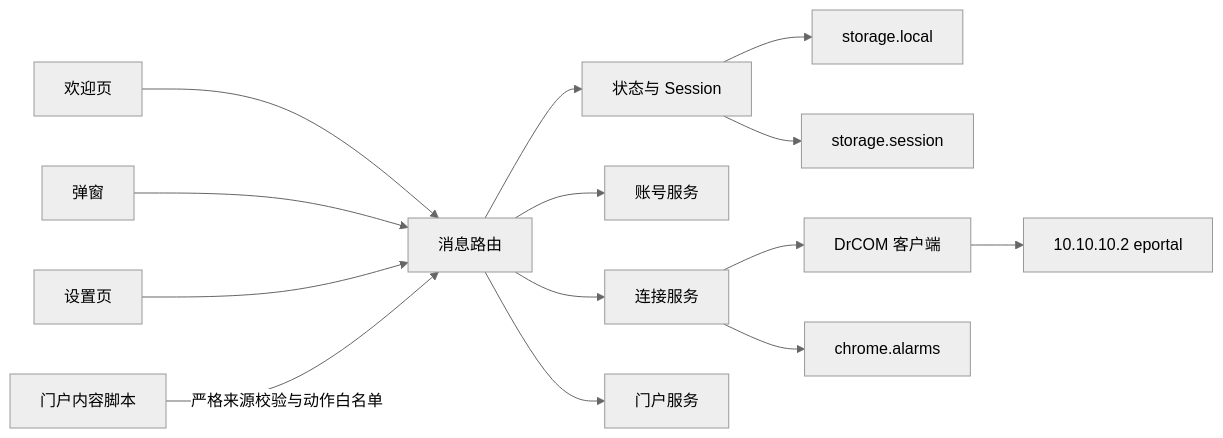
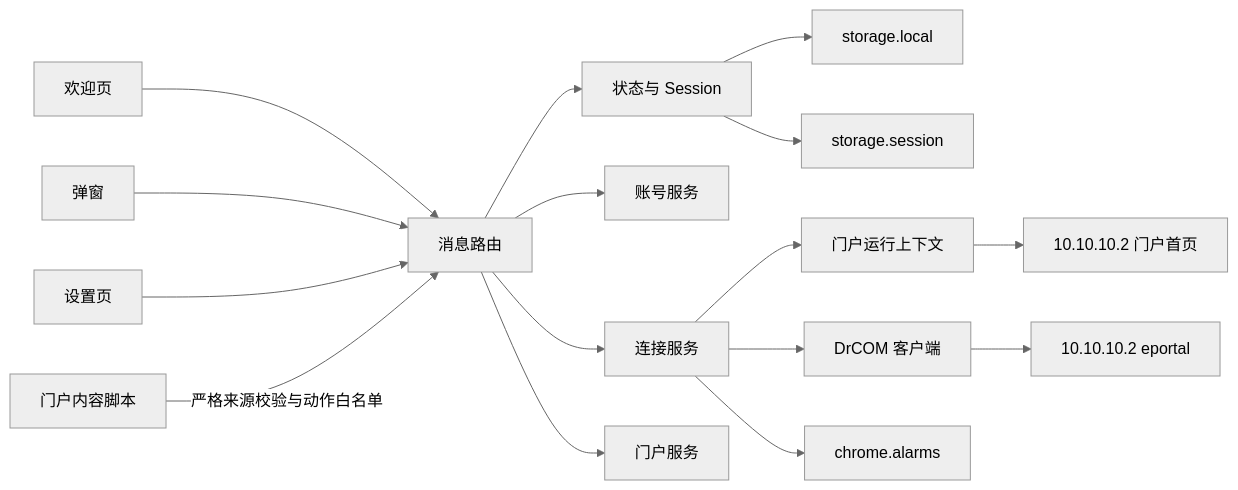
The diagram in docs/development-guide.md (windyxyz/xzhmuDrcom), drawn with Mermaid (neutral theme) before and after one commit. The commit also changed other lines of this file and 18 other files, not shown here.

```diff
--- a/docs/development-guide.md
+++ b/docs/development-guide.md
@@ -97,16 +99,18 @@
 ~~~mermaid
 flowchart LR
   W[欢迎页] --> R[消息路由]
   P[弹窗] --> R
   O[设置页] --> R
   M[门户内容脚本] -->|严格来源校验与动作白名单| R
   R --> S[状态与 Session]
   R --> A[账号服务]
   R --> C[连接服务]
+  C --> X[门户运行上下文]
   C --> D[DrCOM 客户端]
   R --> G[门户服务]
+  X --> H[10.10.10.2 门户首页]
   S --> L[storage.local]
   S --> SS[storage.session]
   C --> AL[chrome.alarms]
   D --> E[10.10.10.2 eportal]
 ~~~
```
